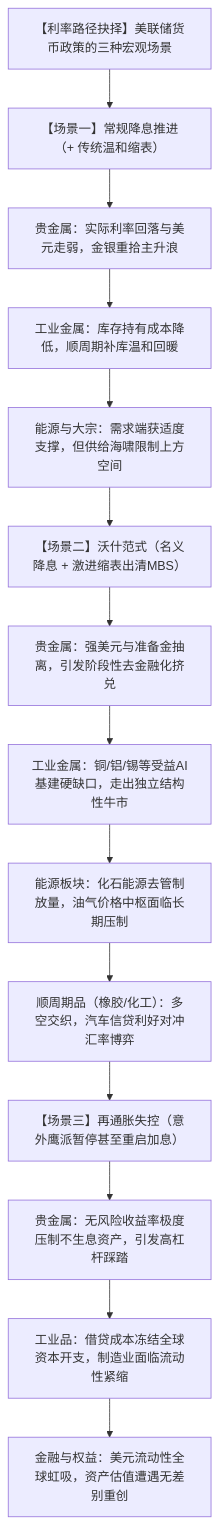
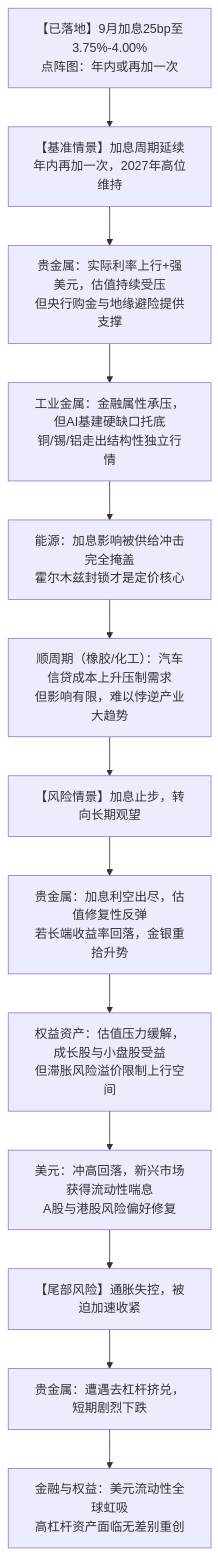
Before and after one commit to RubberTale/RubberTale.github.io: the third of 3 diagrams in source/_posts/美联储的加息问题.md, drawn with Mermaid. The commit also changed other lines of this file, not shown here.

Commit message:
post: 美联储加息文补齐配图（CPI/点阵图/失业率/封面）并修正分类

````diff
--- a/source/_posts/美联储的加息问题.md
+++ b/source/_posts/美联储的加息问题.md
@@ -192,20 +257,19 @@
 ```mermaid
 flowchart TD
-    Decision["【利率路径抉择】美联储货币政策的三种宏观场景"]
+    Decision["【已落地】9月加息25bp至3.75%-4.00%<br/>点阵图：年内或再加一次"]
 
-    Decision --> Scen1["【场景一】常规降息推进（+ 传统温和缩表）"]
-    Scen1 --> A1["贵金属：实际利率回落与美元走弱，金银重拾主升浪"]
-    A1 --> A2["工业金属：库存持有成本降低，顺周期补库温和回暖"]
-    A2 --> A3["能源与大宗：需求端获适度支撑，但供给海啸限制上方空间"]
+    Decision --> Scen1["【基准情景】加息周期延续<br/>年内再加一次，2027年高位维持"]
+    Scen1 --> A1["贵金属：实际利率上行+强美元，估值持续受压<br/>但央行购金与地缘避险提供支撑"]
+    A1 --> A2["工业金属：金融属性承压，但AI基建硬缺口托底<br/>铜/锡/铝走出结构性独立行情"]
+    A2 --> A3["能源：加息影响被供给冲击完全掩盖<br/>霍尔木兹封锁才是定价核心"]
+    A3 --> A4["顺周期（橡胶/化工）：汽车信贷成本上升压制需求<br/>但影响有限，难以悖逆产业大趋势"]
 
-    A3 --> Scen2["【场景二】沃什范式（名义降息 + 激进缩表出清MBS）"]
-    Scen2 --> B1["贵金属：强美元与准备金抽离，引发阶段性去金融化挤兑"]
-    B1 --> B2["工业金属：铜/铝/锡等受益AI基建硬缺口，走出独立结构性牛市"]
-    B2 --> B3["能源板块：化石能源去管制放量，油气价格中枢面临长期压制"]
-    B3 --> B4["顺周期品（橡胶/化工）：多空交织，汽车信贷利好对冲汇率博弈"]
+    A4 --> Scen2["【风险情景】加息止步，转向长期观望"]
+    Scen2 --> B1["贵金属：加息利空出尽，估值修复性反弹<br/>若长端收益率回落，金银重拾升势"]
+    B1 --> B2["权益资产：估值压力缓解，成长股与小盘股受益<br/>但滞胀风险溢价限制上行空间"]
+    B2 --> B3["美元：冲高回落，新兴市场获得流动性喘息<br/>A股与港股风险偏好修复"]
 
-    B4 --> Scen3["【场景三】再通胀失控（意外鹰派暂停甚至重启加息）"]
-    Scen3 --> C1["贵金属：无风险收益率极度压制不生息资产，引发高杠杆踩踏"]
-    C1 --> C2["工业品：借贷成本冻结全球资本开支，制造业面临流动性紧缩"]
-    C2 --> C3["金融与权益：美元流动性全球虹吸，资产估值遭遇无差别重创"]
+    B3 --> Scen3["【尾部风险】通胀失控，被迫加速收紧"]
+    Scen3 --> C1["贵金属：遭遇去杠杆挤兑，短期剧烈下跌"]
+    C1 --> C2["金融与权益：美元流动性全球虹吸<br/>高杠杆资产面临无差别重创"]
 ```
````
